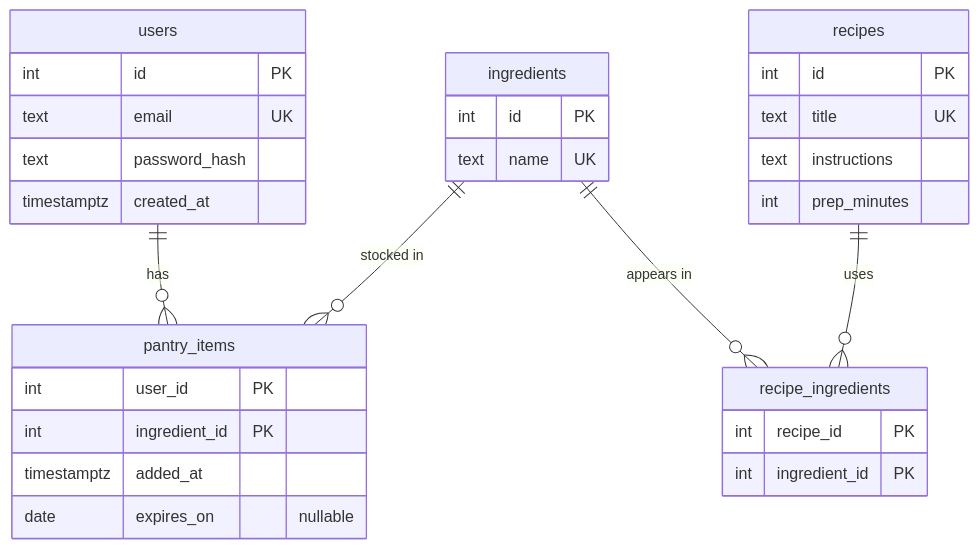
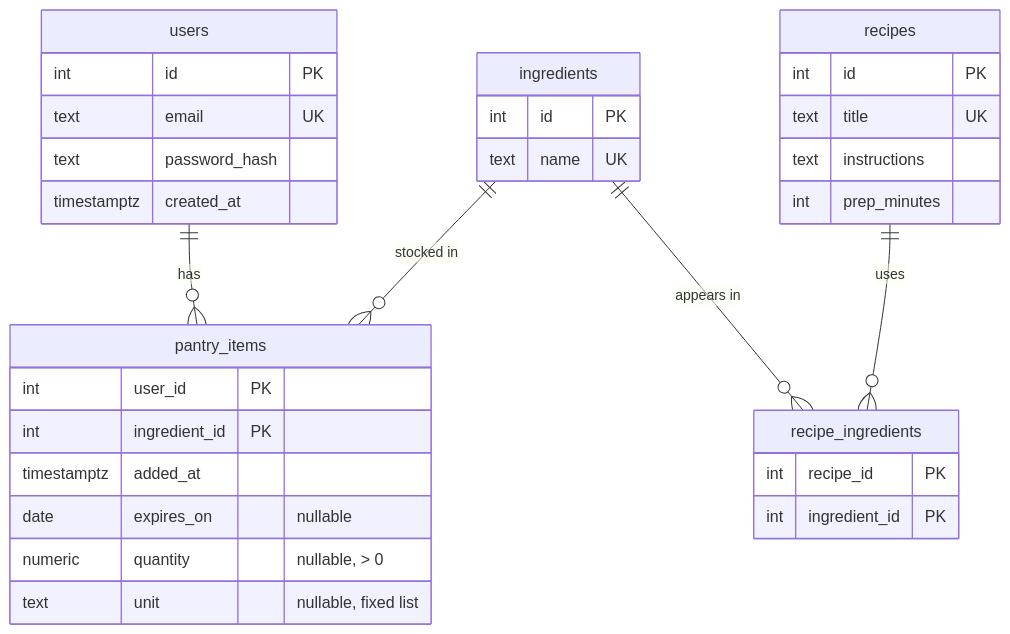
One commit to AngelG0704/Pantry-app changed the diagram in README.md. Above: the diagram before and after it, drawn with Mermaid. The commit also changed other lines of this file and 2 other files, not shown here.

````diff
--- a/README.md
+++ b/README.md
@@ -170,34 +170,36 @@
 ```mermaid
 erDiagram
     users ||--o{ pantry_items : "has"
     ingredients ||--o{ pantry_items : "stocked in"
     recipes ||--o{ recipe_ingredients : "uses"
     ingredients ||--o{ recipe_ingredients : "appears in"
 
     users {
         int id PK
         text email UK
         text password_hash
         timestamptz created_at
     }
     ingredients {
         int id PK
         text name UK
     }
     recipes {
         int id PK
         text title UK
         text instructions
         int prep_minutes
     }
     recipe_ingredients {
         int recipe_id PK
         int ingredient_id PK
     }
     pantry_items {
         int user_id PK
         int ingredient_id PK
         timestamptz added_at
         date expires_on "nullable"
+        numeric quantity "nullable, > 0"
+        text unit "nullable, fixed list"
     }
-```
+  ```
````
